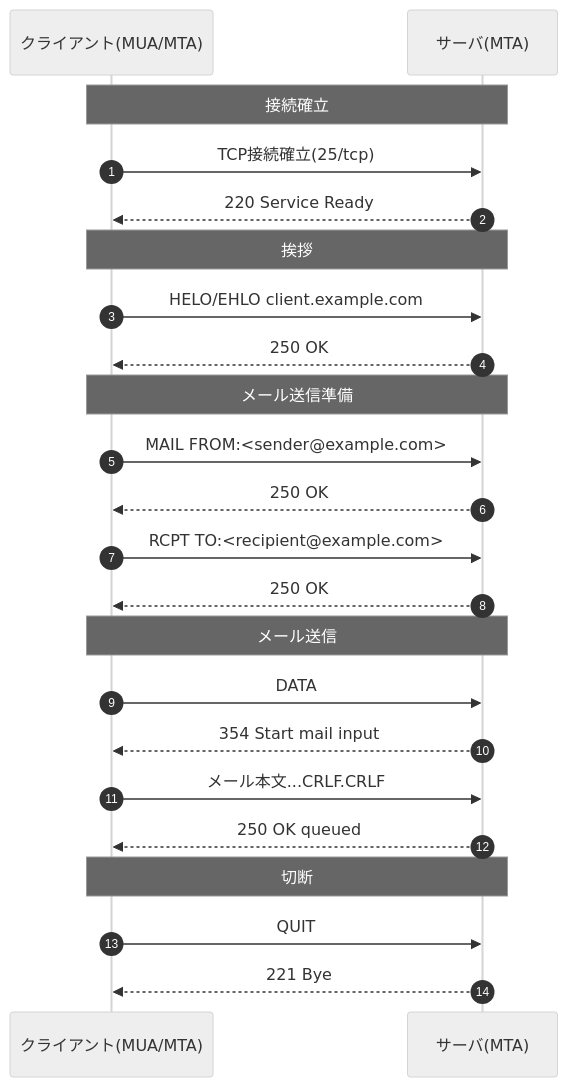
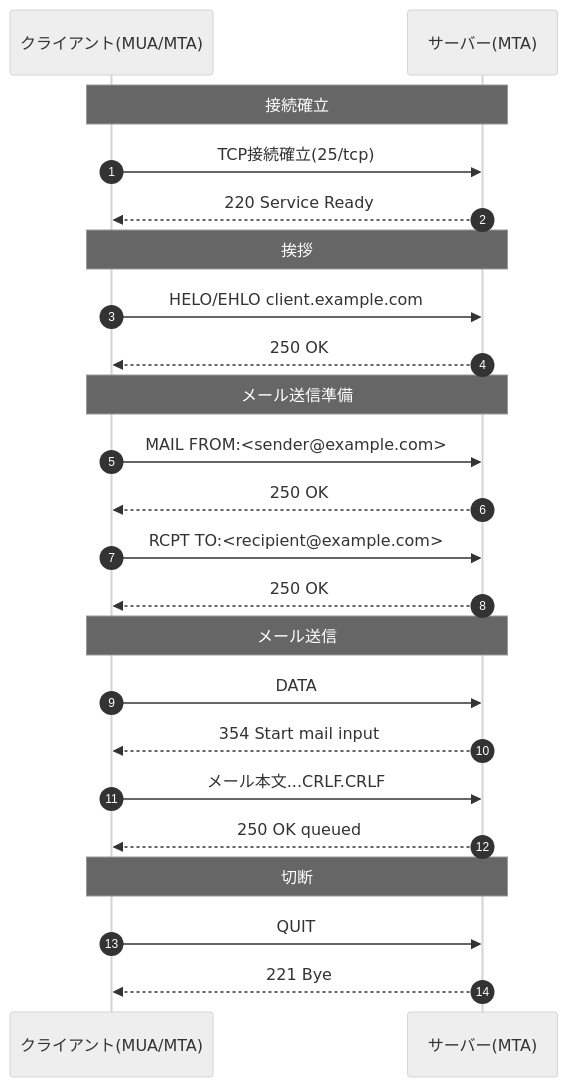
One commit to densuke/2025-network-doc changed the diagram in source/app/smtp/smtp-flow.md. Above: the diagram before and after it, drawn with Mermaid (neutral theme).

Commit message:
表現の統一(伸ばし棒)

````diff
--- a/source/app/smtp/smtp-flow.md
+++ b/source/app/smtp/smtp-flow.md
@@ -52,30 +52,30 @@
 ```{mermaid}
 sequenceDiagram
     autonumber
     participant Client as クライアント(MUA/MTA)
-    participant Server as サーバ(MTA)
+    participant Server as サーバー(MTA)
     
     Note over Client,Server: 接続確立
     Client->>Server: TCP接続確立(25/tcp)
     Server-->>Client: 220 Service Ready
     
     Note over Client,Server: 挨拶
     Client->>Server: HELO/EHLO client.example.com
     Server-->>Client: 250 OK
     
     Note over Client,Server: メール送信準備
     Client->>Server: MAIL FROM:<sender@example.com>
     Server-->>Client: 250 OK
     Client->>Server: RCPT TO:<recipient@example.com>
     Server-->>Client: 250 OK
     
     Note over Client,Server: メール送信
     Client->>Server: DATA
     Server-->>Client: 354 Start mail input
     Client->>Server: メール本文...CRLF.CRLF
     Server-->>Client: 250 OK queued
     
     Note over Client,Server: 切断
     Client->>Server: QUIT
     Server-->>Client: 221 Bye
 ```
````
